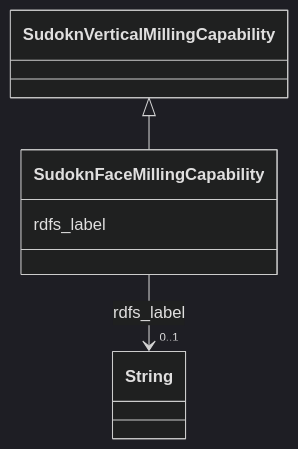
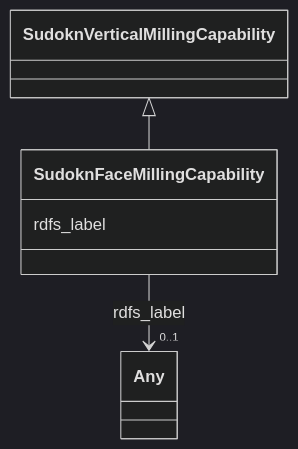
Before and after one commit to frink-okn/graph-descriptions: the diagram in sudokn-kg/classes/SudoknFaceMillingCapability.md, drawn with Mermaid (dark theme). The commit also changed other lines of this file and 903 other files, not shown here.

````diff
--- a/sudokn-kg/classes/SudoknFaceMillingCapability.md
+++ b/sudokn-kg/classes/SudoknFaceMillingCapability.md
@@ -23,18 +16,18 @@
 ```mermaid
  classDiagram
     class SudoknFaceMillingCapability
     click SudoknFaceMillingCapability href "../SudoknFaceMillingCapability"
       SudoknVerticalMillingCapability <|-- SudoknFaceMillingCapability
         click SudoknVerticalMillingCapability href "../SudoknVerticalMillingCapability"
       
       SudoknFaceMillingCapability : rdfs_label
         
           
     
     
-    SudoknFaceMillingCapability --> "0..1" String : rdfs_label
-    click String href "../String"
+    SudoknFaceMillingCapability --> "0..1" Any : rdfs_label
+    click Any href "../Any"
 
         
       
 ```
````
